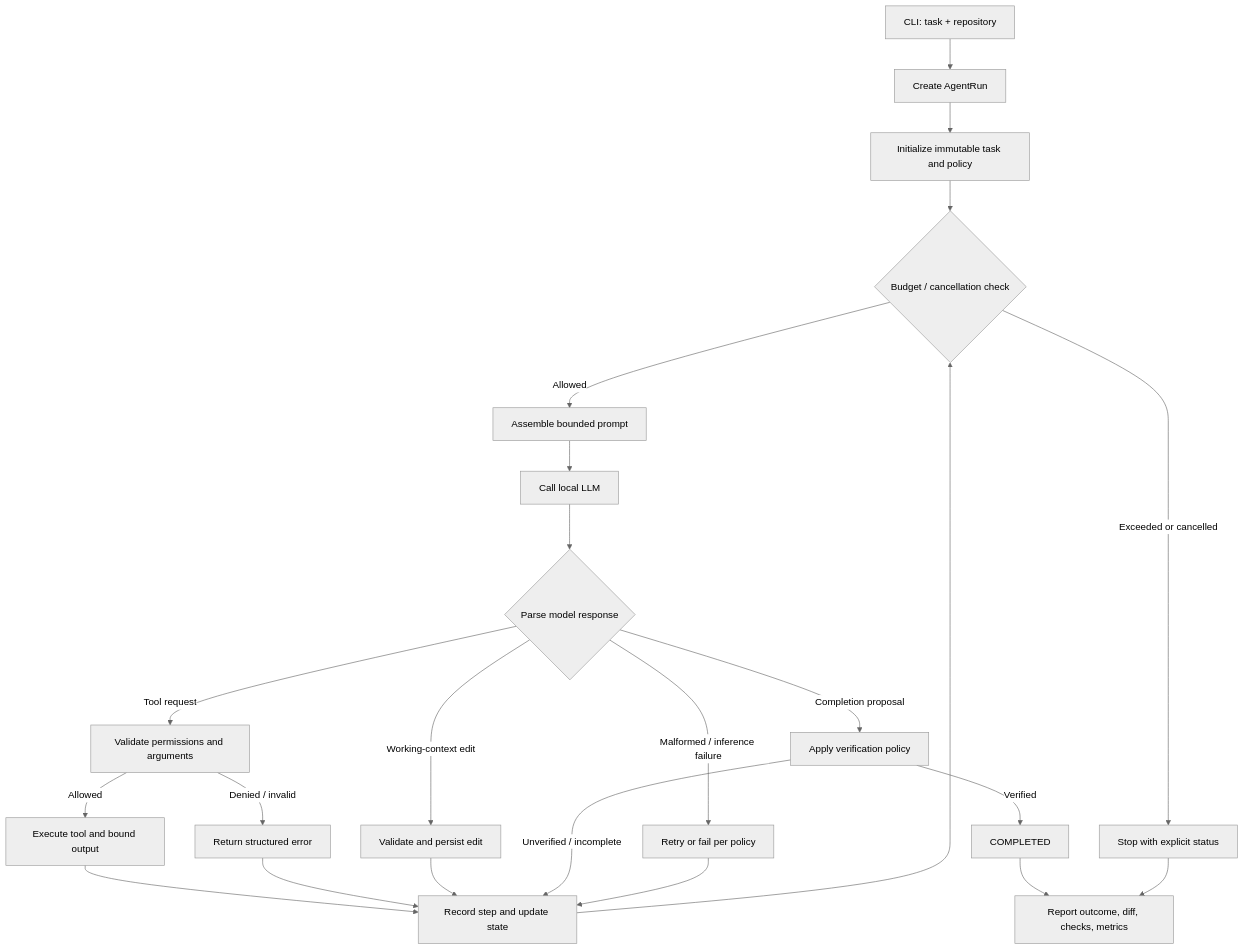
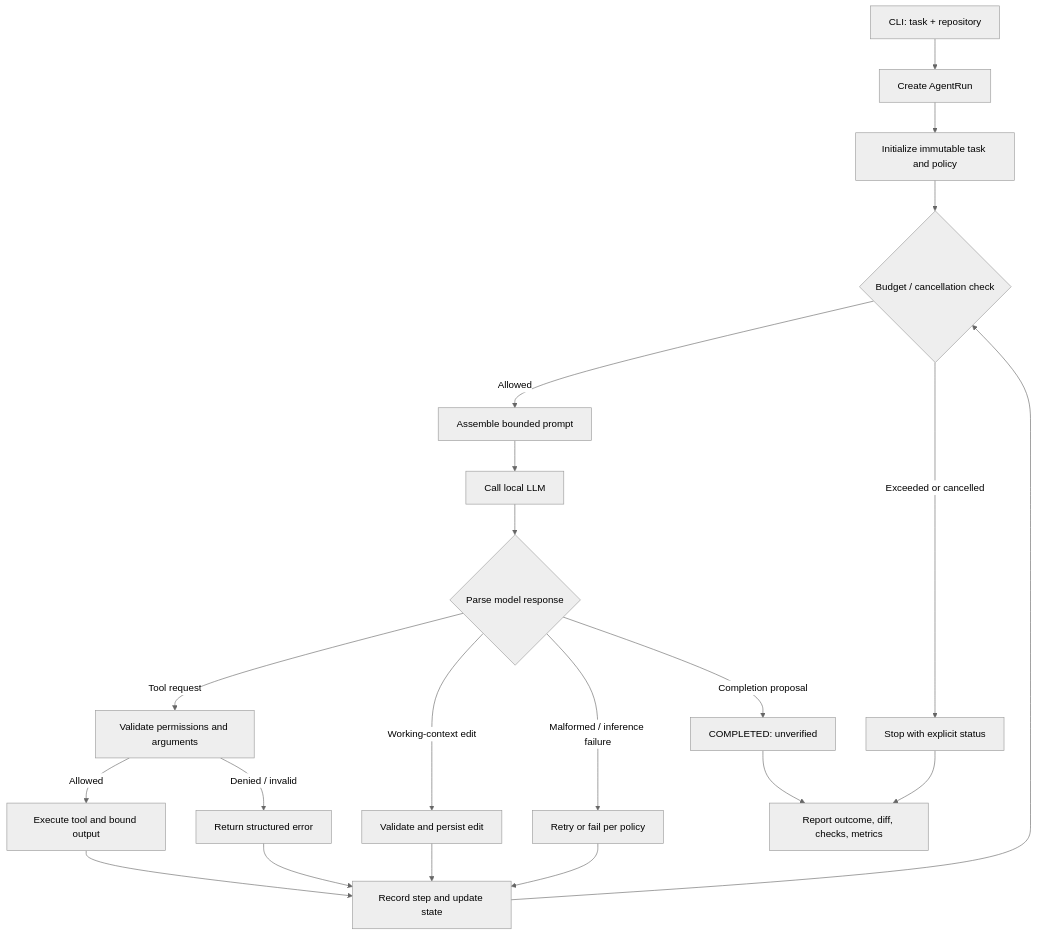
One commit to reganvannguyen/efficient-code-agent changed the first of 2 diagrams in docs/agent-runtime.md. Above: the diagram before and after it, drawn with Mermaid (neutral theme). The commit also changed other lines of this file and 15 other files, not shown here.

````diff
--- a/docs/agent-runtime.md
+++ b/docs/agent-runtime.md
@@ -24,25 +24,23 @@
 ```mermaid
 flowchart TD
     A[CLI: task + repository] --> B[Create AgentRun]
     B --> C[Initialize immutable task and policy]
     C --> D{Budget / cancellation check}
     D -->|Allowed| E[Assemble bounded prompt]
     D -->|Exceeded or cancelled| Z[Stop with explicit status]
     E --> F[Call local LLM]
     F --> G{Parse model response}
     G -->|Tool request| H[Validate permissions and arguments]
     H -->|Allowed| I[Execute tool and bound output]
     H -->|Denied / invalid| J[Return structured error]
     I --> K[Record step and update state]
     J --> K
     G -->|Working-context edit| L[Validate and persist edit]
     L --> K
-    G -->|Completion proposal| M[Apply verification policy]
-    M -->|Verified| N[COMPLETED]
-    M -->|Unverified / incomplete| K
+    G -->|Completion proposal| N[COMPLETED: unverified]
     G -->|Malformed / inference failure| O[Retry or fail per policy]
     O --> K
     K --> D
     N --> P[Report outcome, diff, checks, metrics]
     Z --> P
 ```
````
